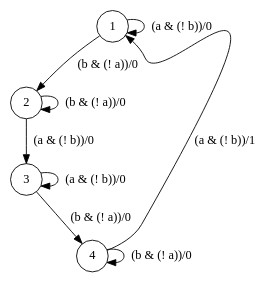
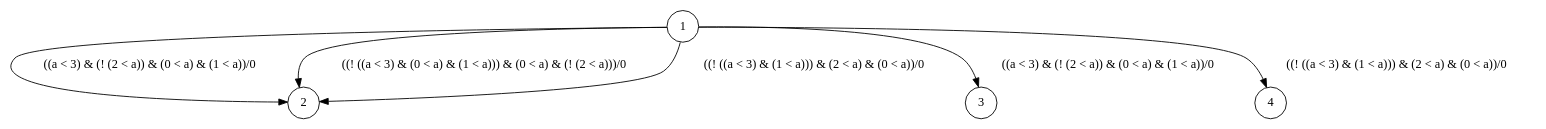
The diagram in tmp.dot (Seyte/stageS8), drawn with Graphviz before and after one commit. The commit also changed 14 other files, not shown here.

```diff
--- a/tmp.dot
+++ b/tmp.dot
@@ -1,22 +1,16 @@
 digraph fsm{
 	s_0 [label="1" shape="circle"]
 	s_1 [label="2" shape="circle"]
 	s_2 [label="3" shape="circle"]
 	s_3 [label="4" shape="circle"]
 	
-	s_0 -> s_1[label="(b & (! a))/0", myattribute= "t_1"]
+	s_0 -> s_1[label="((a < 3) & (! (2 < a)) & (0 < a) & (1 < a))/0", myattribute= "t_9"]
 	
-	s_3 -> s_3[label="(b & (! a))/0", myattribute= "t_11"]
+	s_0 -> s_1[label="((! ((a < 3) & (0 < a) & (1 < a))) & (0 < a) & (! (2 < a)))/0", myattribute= "t_10"]
 	
-	s_1 -> s_1[label="(b & (! a))/0", myattribute= "t_4"]
+	s_0 -> s_2[label="((a < 3) & (! (2 < a)) & (0 < a) & (1 < a))/0", myattribute= "t_11"]
 	
-	s_2 -> s_2[label="(a & (! b))/0", myattribute= "t_8"]
+	s_0 -> s_1[label="((! ((a < 3) & (1 < a))) & (2 < a) & (0 < a))/0", myattribute= "t_12"]
 	
-	s_0 -> s_0[label="(a & (! b))/0", myattribute= "t_2"]
-	
-	s_2 -> s_3[label="(b & (! a))/0", myattribute= "t_5"]
-	
-	s_1 -> s_2[label="(a & (! b))/0", myattribute= "t_3"]
-	
-	s_3 -> s_0[label="(a & (! b))/1", myattribute= "t_9"]
+	s_0 -> s_3[label="((! ((a < 3) & (1 < a))) & (2 < a) & (0 < a))/0", myattribute= "t_13"]
 }
```
